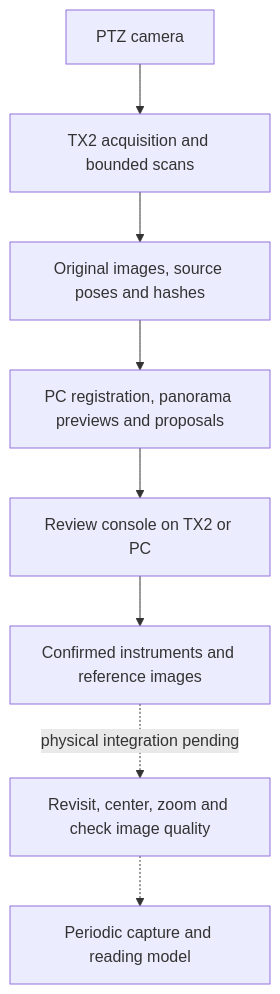
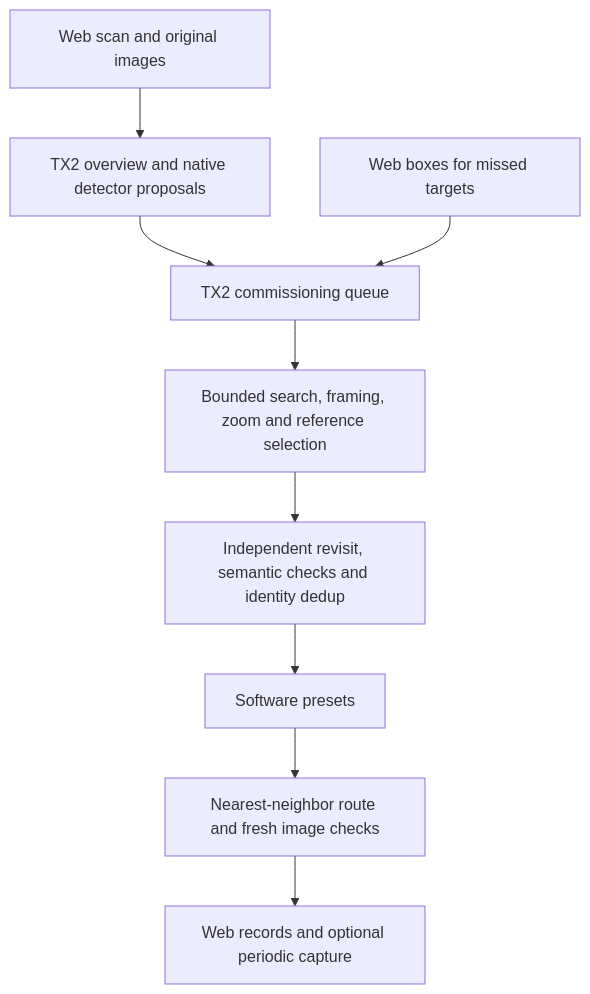
One commit to moonnnei/jetson-ptz-inspection changed the diagram in README.en.md. Above: the diagram before and after it, drawn with Mermaid. The commit also changed other lines of this file and 160 other files, not shown here.

````diff
--- a/README.en.md
+++ b/README.en.md
@@ -48,10 +35,11 @@
 ```mermaid
 flowchart TD
-    A[PTZ camera] --> B[TX2 acquisition and bounded scans]
-    B --> C[Original images, source poses and hashes]
-    C --> D[PC registration, panorama previews and proposals]
-    D --> E[Review console on TX2 or PC]
-    E --> F[Confirmed instruments and reference images]
-    F -.physical integration pending.-> G[Revisit, center, zoom and check image quality]
-    G -.-> H[Periodic capture and reading model]
+    A[Web scan and original images] --> B[TX2 overview and native detector proposals]
+    B --> C[TX2 commissioning queue]
+    D[Web boxes for missed targets] --> C
+    C --> E[Bounded search, framing, zoom and reference selection]
+    E --> F[Independent revisit, semantic checks and identity dedup]
+    F --> G[Software presets]
+    G --> H[Nearest-neighbor route and fresh image checks]
+    H --> I[Web records and optional periodic capture]
 ```
````
